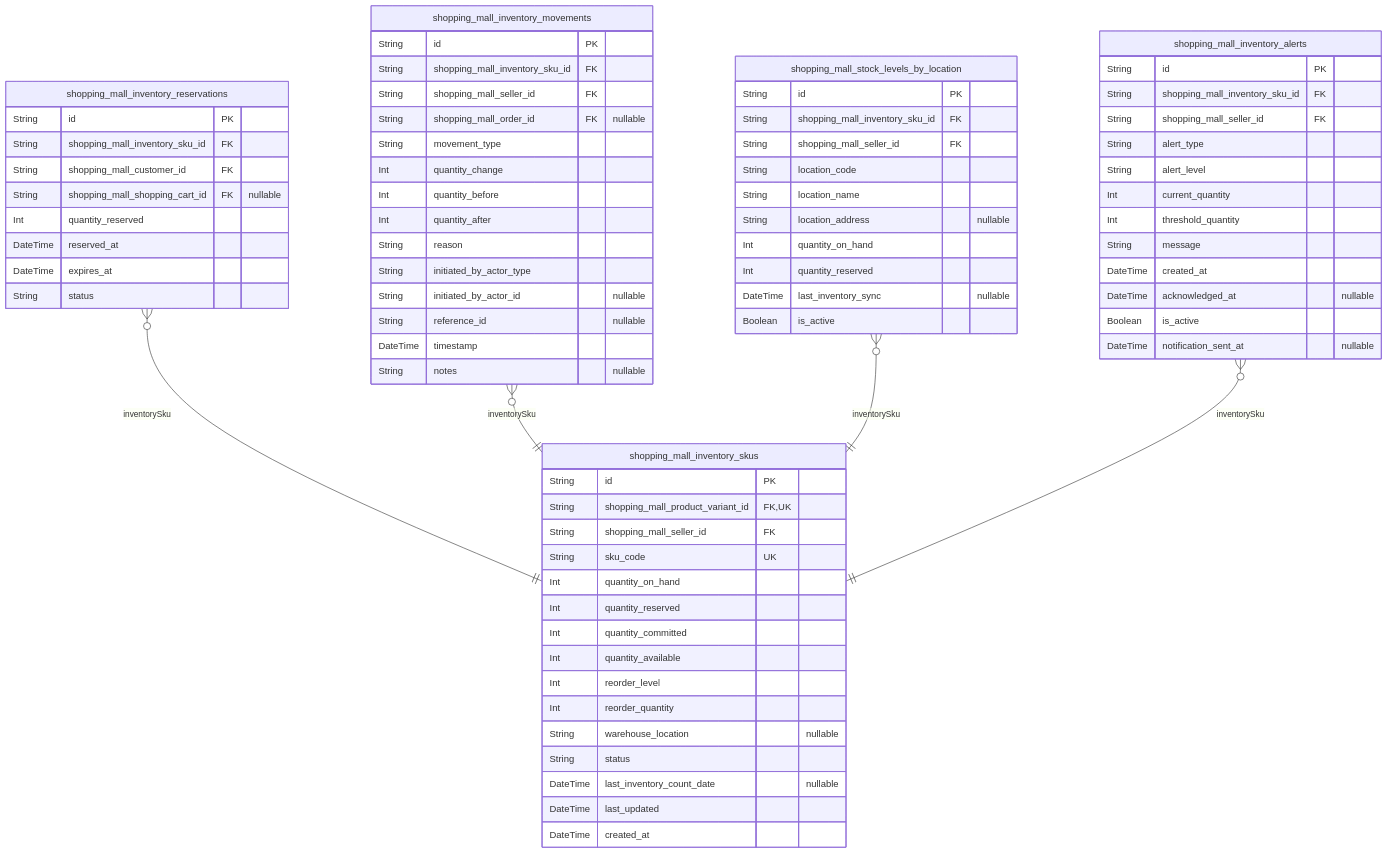
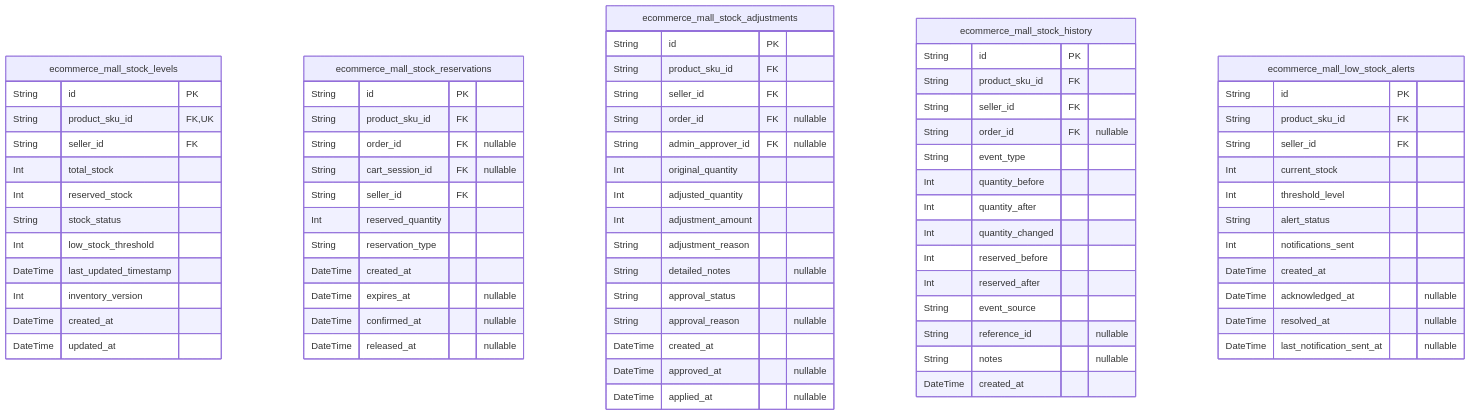
One commit to wrtnlabs/autobe-examples changed the fourth of 11 diagrams in anthropic/claude-haiku-4.5/shopping/docs/ERD.md. Above: the diagram before and after it, drawn with Mermaid. The commit also changed other lines of this file and 22498 other files, not shown here.

````diff
--- a/anthropic/claude-haiku-4.5/shopping/docs/ERD.md
+++ b/anthropic/claude-haiku-4.5/shopping/docs/ERD.md
@@ -1493,76 +1495,75 @@
 ```mermaid
 erDiagram
-"shopping_mall_inventory_skus" {
+"ecommerce_mall_stock_levels" {
   String id PK
-  String shopping_mall_product_variant_id FK,UK
-  String shopping_mall_seller_id FK
-  String sku_code UK
-  Int quantity_on_hand
-  Int quantity_reserved
-  Int quantity_committed
-  Int quantity_available
-  Int reorder_level
-  Int reorder_quantity
-  String warehouse_location "nullable"
-  String status
-  DateTime last_inventory_count_date "nullable"
-  DateTime last_updated
+  String product_sku_id FK,UK
+  String seller_id FK
+  Int total_stock
+  Int reserved_stock
+  String stock_status
+  Int low_stock_threshold
+  DateTime last_updated_timestamp
+  Int inventory_version
+  DateTime created_at
+  DateTime updated_at
+}
+"ecommerce_mall_stock_reservations" {
+  String id PK
+  String product_sku_id FK
+  String order_id FK "nullable"
+  String cart_session_id FK "nullable"
+  String seller_id FK
+  Int reserved_quantity
+  String reservation_type
+  DateTime created_at
+  DateTime expires_at "nullable"
+  DateTime confirmed_at "nullable"
+  DateTime released_at "nullable"
+}
+"ecommerce_mall_stock_adjustments" {
+  String id PK
+  String product_sku_id FK
+  String seller_id FK
+  String order_id FK "nullable"
+  String admin_approver_id FK "nullable"
+  Int original_quantity
+  Int adjusted_quantity
+  Int adjustment_amount
+  String adjustment_reason
+  String detailed_notes "nullable"
+  String approval_status
+  String approval_reason "nullable"
+  DateTime created_at
+  DateTime approved_at "nullable"
+  DateTime applied_at "nullable"
+}
+"ecommerce_mall_stock_history" {
+  String id PK
+  String product_sku_id FK
+  String seller_id FK
+  String order_id FK "nullable"
+  String event_type
+  Int quantity_before
+  Int quantity_after
+  Int quantity_changed
+  Int reserved_before
+  Int reserved_after
+  String event_source
+  String reference_id "nullable"
+  String notes "nullable"
   DateTime created_at
 }
-"shopping_mall_inventory_reservations" {
+"ecommerce_mall_low_stock_alerts" {
   String id PK
-  String shopping_mall_inventory_sku_id FK
-  String shopping_mall_customer_id FK
-  String shopping_mall_shopping_cart_id FK "nullable"
-  Int quantity_reserved
-  DateTime reserved_at
-  DateTime expires_at
-  String status
-}
-"shopping_mall_inventory_movements" {
-  String id PK
-  String shopping_mall_inventory_sku_id FK
-  String shopping_mall_seller_id FK
-  String shopping_mall_order_id FK "nullable"
-  String movement_type
-  Int quantity_change
-  Int quantity_before
-  Int quantity_after
-  String reason
-  String initiated_by_actor_type
-  String initiated_by_actor_id "nullable"
-  String reference_id "nullable"
-  DateTime timestamp
-  String notes "nullable"
-}
-"shopping_mall_stock_levels_by_location" {
-  String id PK
-  String shopping_mall_inventory_sku_id FK
-  String shopping_mall_seller_id FK
-  String location_code
-  String location_name
-  String location_address "nullable"
-  Int quantity_on_hand
-  Int quantity_reserved
-  DateTime last_inventory_sync "nullable"
-  Boolean is_active
-}
-"shopping_mall_inventory_alerts" {
-  String id PK
-  String shopping_mall_inventory_sku_id FK
-  String shopping_mall_seller_id FK
-  String alert_type
-  String alert_level
-  Int current_quantity
-  Int threshold_quantity
-  String message
+  String product_sku_id FK
+  String seller_id FK
+  Int current_stock
+  Int threshold_level
+  String alert_status
+  Int notifications_sent
   DateTime created_at
   DateTime acknowledged_at "nullable"
-  Boolean is_active
-  DateTime notification_sent_at "nullable"
+  DateTime resolved_at "nullable"
+  DateTime last_notification_sent_at "nullable"
 }
-"shopping_mall_inventory_reservations" }o--|| "shopping_mall_inventory_skus" : inventorySku
-"shopping_mall_inventory_movements" }o--|| "shopping_mall_inventory_skus" : inventorySku
-"shopping_mall_stock_levels_by_location" }o--|| "shopping_mall_inventory_skus" : inventorySku
-"shopping_mall_inventory_alerts" }o--|| "shopping_mall_inventory_skus" : inventorySku
 ```
````
